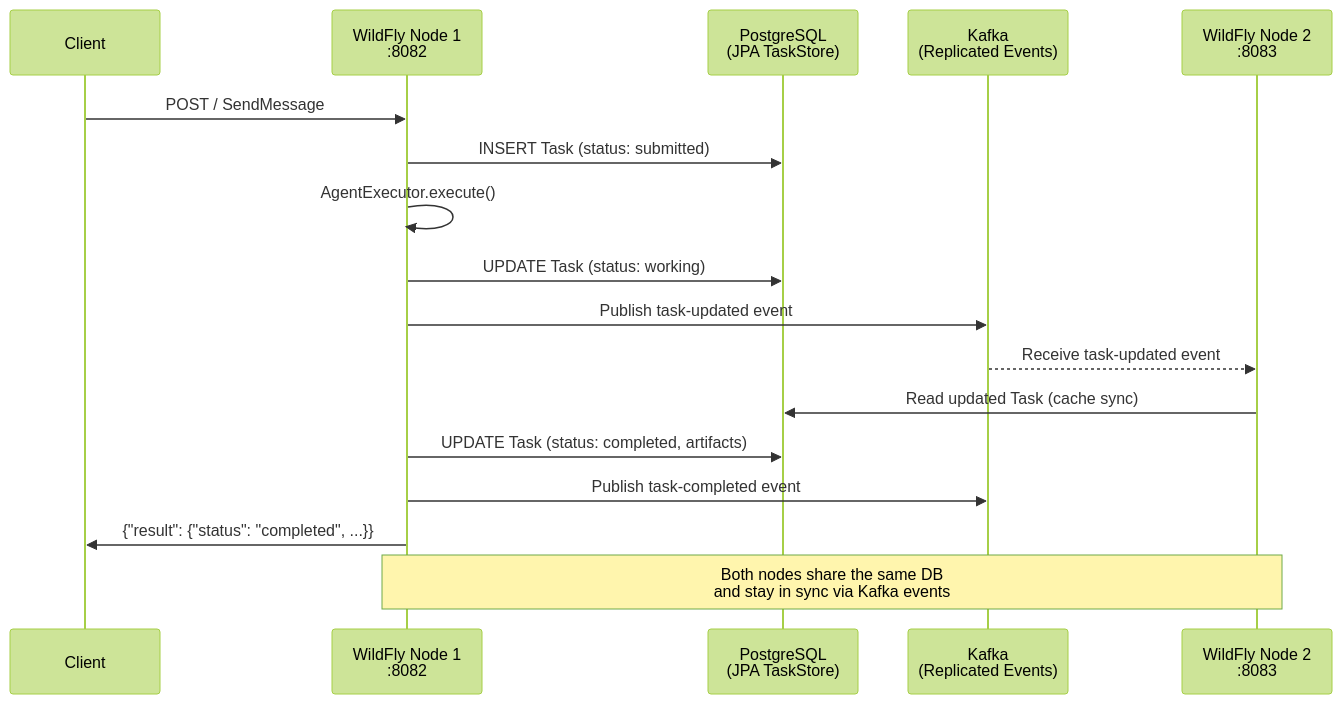
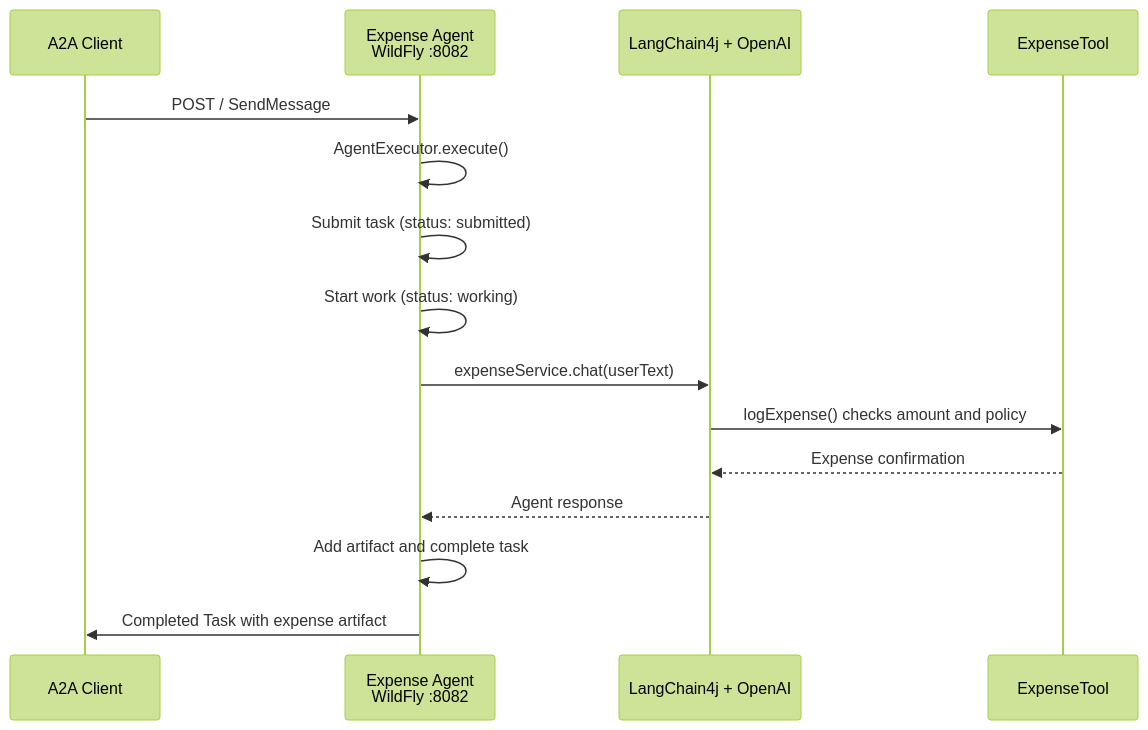
One commit to ehsavoie/a2a-agent-lab-2026 changed the fourth of 4 diagrams in README.md. Above: the diagram before and after it, drawn with Mermaid (forest theme). The commit also changed other lines of this file and 6 other files, not shown here.

````diff
--- a/README.md
+++ b/README.md
@@ -160,23 +159,18 @@
 ```mermaid
 sequenceDiagram
-    participant C as Client
-    participant N1 as WildFly Node 1<br/>:8082
-    participant DB as PostgreSQL<br/>(JPA TaskStore)
-    participant K as Kafka<br/>(Replicated Events)
-    participant N2 as WildFly Node 2<br/>:8083
+    participant C as A2A Client
+    participant E as Expense Agent<br/>WildFly :8082
+    participant L as LangChain4j + OpenAI
+    participant T as ExpenseTool
 
-    C->>N1: POST / SendMessage
-    N1->>DB: INSERT Task (status: submitted)
-    N1->>N1: AgentExecutor.execute()
-    N1->>DB: UPDATE Task (status: working)
-    N1->>K: Publish task-updated event
-
-    K-->>N2: Receive task-updated event
-    N2->>DB: Read updated Task (cache sync)
-
-    N1->>DB: UPDATE Task (status: completed, artifacts)
-    N1->>K: Publish task-completed event
-    N1->>C: {"result": {"status": "completed", ...}}
-
-    Note over N1,N2: Both nodes share the same DB<br/>and stay in sync via Kafka events
+    C->>E: POST / SendMessage
+    E->>E: AgentExecutor.execute()
+    E->>E: Submit task (status: submitted)
+    E->>E: Start work (status: working)
+    E->>L: expenseService.chat(userText)
+    L->>T: logExpense() checks amount and policy
+    T-->>L: Expense confirmation
+    L-->>E: Agent response
+    E->>E: Add artifact and complete task
+    E->>C: Completed Task with expense artifact
 ```
````
